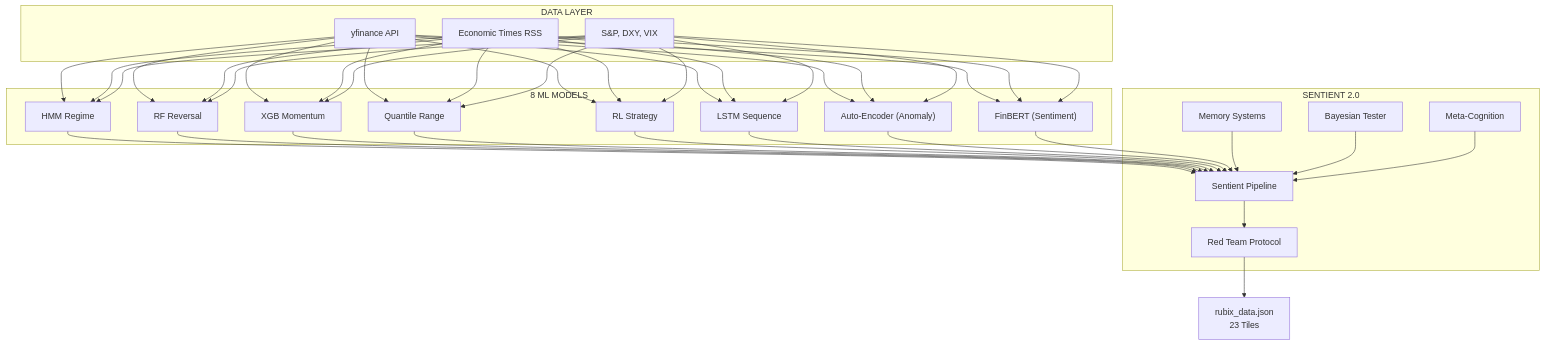
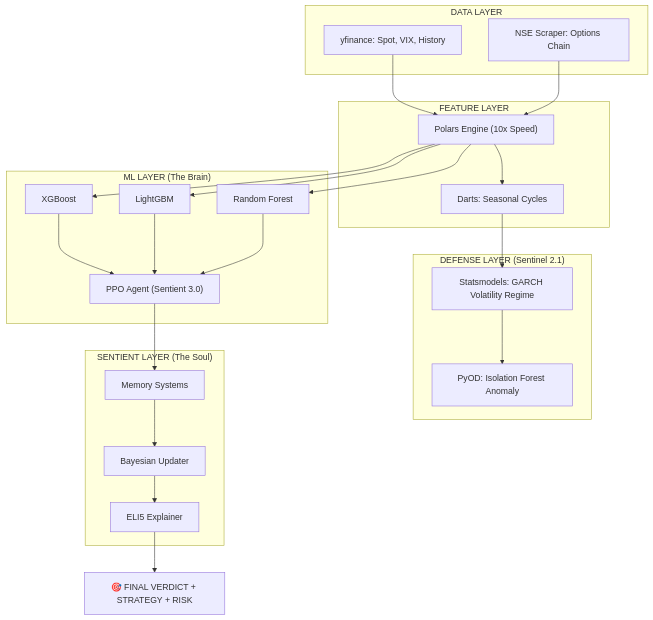
One commit to pravindev666/Tradyx-Aleph changed the second of 2 diagrams in README.md. Above: the diagram before and after it, drawn with Mermaid. The commit also changed other lines of this file, not shown here.

````diff
--- a/README.md
+++ b/README.md
@@ -363,32 +29,39 @@
 ```mermaid
 graph TD
     subgraph "DATA LAYER"
-        YF["yfinance API"]
-        RSS["Economic Times RSS"]
-        MACRO["S&P, DXY, VIX"]
+        YF["yfinance: Spot, VIX, History"]
+        NSE["NSE Scraper: Options Chain"]
     end
 
-    subgraph "8 ML MODELS"
-        HMM["HMM Regime"]
-        RF["RF Reversal"]
-        XGB["XGB Momentum"]
-        QR["Quantile Range"]
-        RL["RL Strategy"]
-        LSTM["LSTM Sequence"]
-        AE["Auto-Encoder (Anomaly)"]
-        BERT["FinBERT (Sentiment)"]
+    subgraph "FEATURE LAYER"
+        Polars["Polars Engine (10x Speed)"]
+        Darts["Darts: Seasonal Cycles"]
     end
 
-    subgraph "SENTIENT 2.0"
-        MEM["Memory Systems"]
-        BAY["Bayesian Tester"]
-        META["Meta-Cognition"]
-        PIPE["Sentient Pipeline"]
-        RED["Red Team Protocol"]
+    subgraph "DEFENSE LAYER (Sentinel 2.1)"
+        Chaos["PyOD: Isolation Forest Anomaly"]
+        GARCH["Statsmodels: GARCH Volatility Regime"]
     end
 
-    YF & RSS & MACRO --> HMM & RF & XGB & QR & RL & LSTM & AE & BERT
-    HMM & RF & XGB & QR & RL & LSTM & AE & BERT --> PIPE
-    MEM & BAY & META --> PIPE
-    PIPE --> RED --> OUT["rubix_data.json<br/>23 Tiles"]
+    subgraph "ML LAYER (The Brain)"
+        XGB["XGBoost"]
+        LGB["LightGBM"]
+        RF["Random Forest"]
+        RL["PPO Agent (Sentient 3.0)"]
+    end
+
+    subgraph "SENTIENT LAYER (The Soul)"
+        Mem["Memory Systems"]
+        Bayes["Bayesian Updater"]
+        XAI["ELI5 Explainer"]
+    end
+
+    YF --> Polars
+    NSE --> Polars
+    Polars --> Darts --> GARCH
+    Polars --> XGB & LGB & RF
+    XGB & LGB & RF --> RL
+    GARCH --> Chaos
+    RL --> Mem --> Bayes --> XAI
+    XAI --> VERDICT["🎯 FINAL VERDICT + STRATEGY + RISK"]
 ```
````
